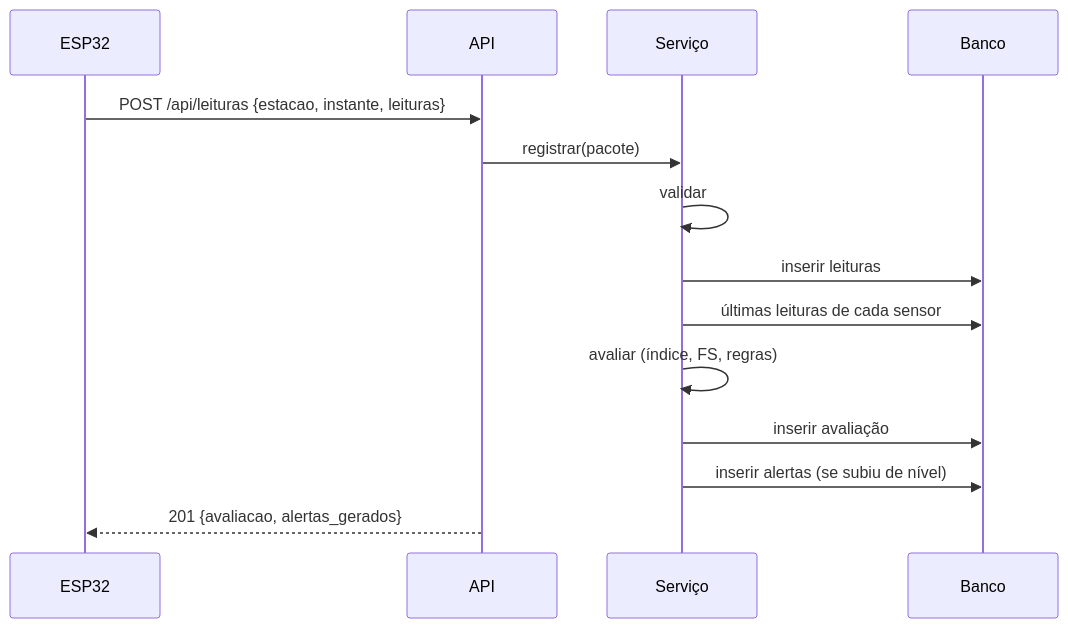
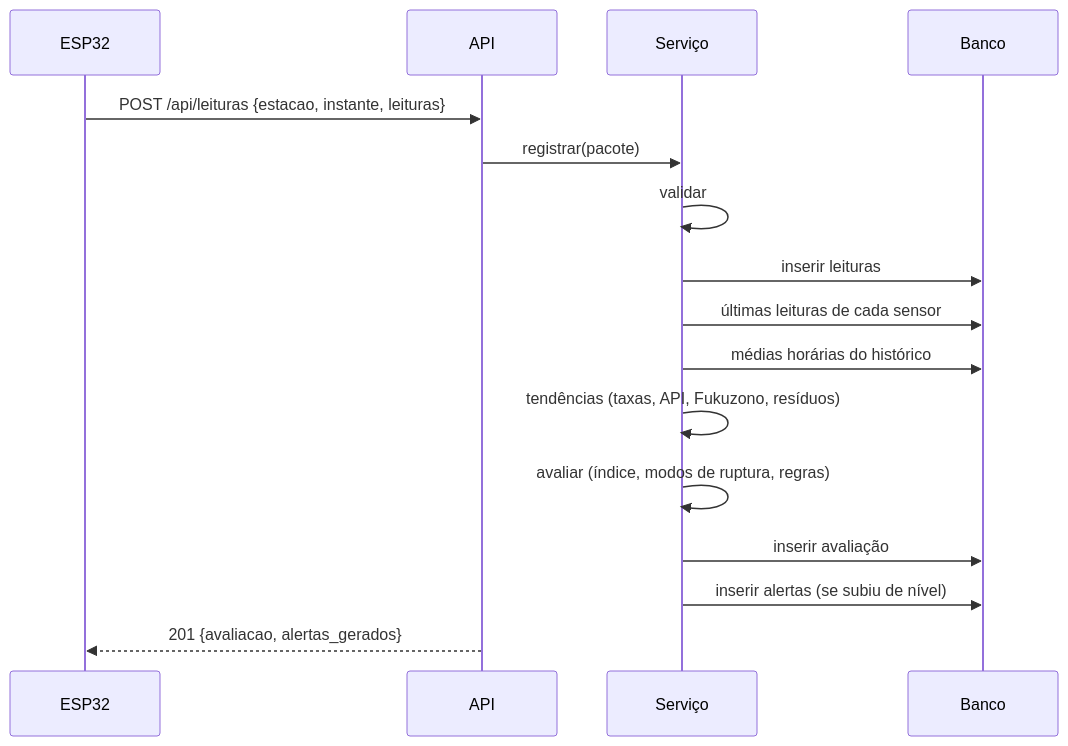
Before and after one commit to LeviBenzecry19/Barragem: the second of 2 diagrams in docs/04-arquitetura.md, drawn with Mermaid. The commit also changed other lines of this file and 22 other files, not shown here.

````diff
--- a/docs/04-arquitetura.md
+++ b/docs/04-arquitetura.md
@@ -50,16 +51,18 @@
 ```mermaid
 sequenceDiagram
     participant E as ESP32
     participant A as API
     participant S as Serviço
     participant B as Banco
     E->>A: POST /api/leituras {estacao, instante, leituras}
     A->>S: registrar(pacote)
     S->>S: validar
     S->>B: inserir leituras
     S->>B: últimas leituras de cada sensor
-    S->>S: avaliar (índice, FS, regras)
+    S->>B: médias horárias do histórico
+    S->>S: tendências (taxas, API, Fukuzono, resíduos)
+    S->>S: avaliar (índice, modos de ruptura, regras)
     S->>B: inserir avaliação
     S->>B: inserir alertas (se subiu de nível)
     A-->>E: 201 {avaliacao, alertas_gerados}
 ```
````
